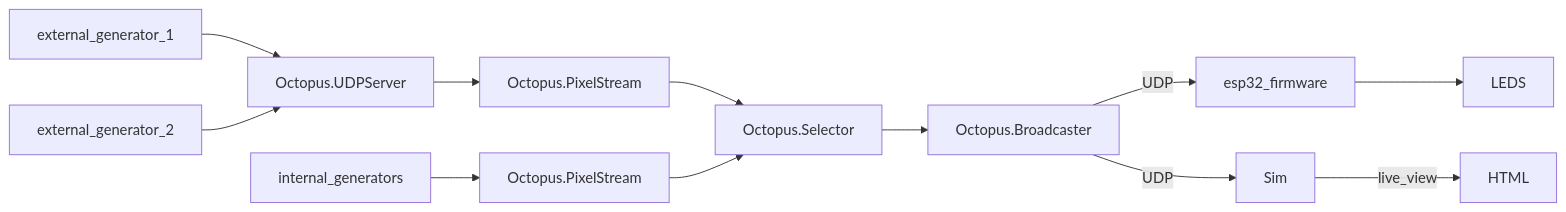
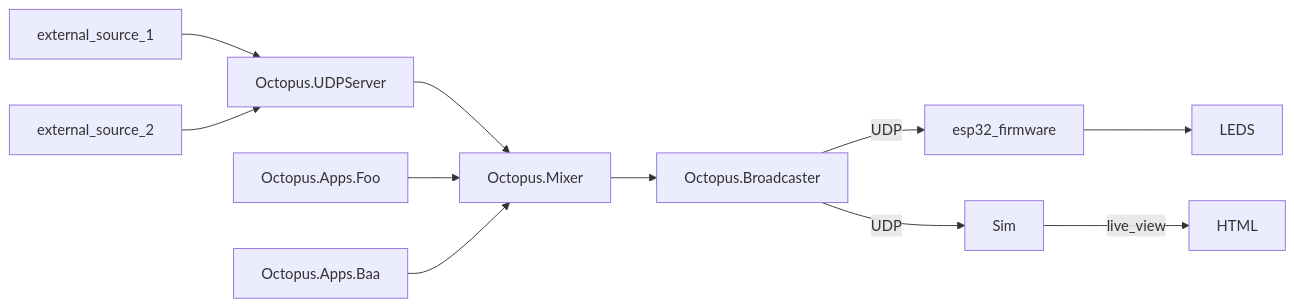
The diagram in README.md (blinkenlights/polychrome), drawn with Mermaid before and after one commit. The commit also changed 12 other files, not shown here.

Commit message:
Add apps with supervisor and mixer

````diff
--- a/README.md
+++ b/README.md
@@ -6,18 +6,18 @@
 ```mermaid
 graph LR
-  external_generator_1 --> server
-  external_generator_2 --> server
-  server[Octopus.UDPServer] --> stream_1
-  stream_1[Octopus.PixelStream] -->  octopus 
+  external_source_1 --> udp_server
+  external_source_2 --> udp_server
   
-  internal_generators --> stream_2
-  stream_2[Octopus.PixelStream] --> octopus 
+  udp_server[Octopus.UDPServer] --> mixer
 
-  octopus[Octopus.Selector]-->broadcast
+  app_1[Octopus.Apps.Foo] --> mixer
+  app_2[Octopus.Apps.Baa] --> mixer
+  
+  mixer[Octopus.Mixer]-->broadcast
 
   broadcast-->|UDP|esp32_firmware
   esp32_firmware-->LEDS
 
   broadcast[Octopus.Broadcaster] --> |UDP| sim
   sim[Sim]-->|live_view| live[HTML]
 ```
````
